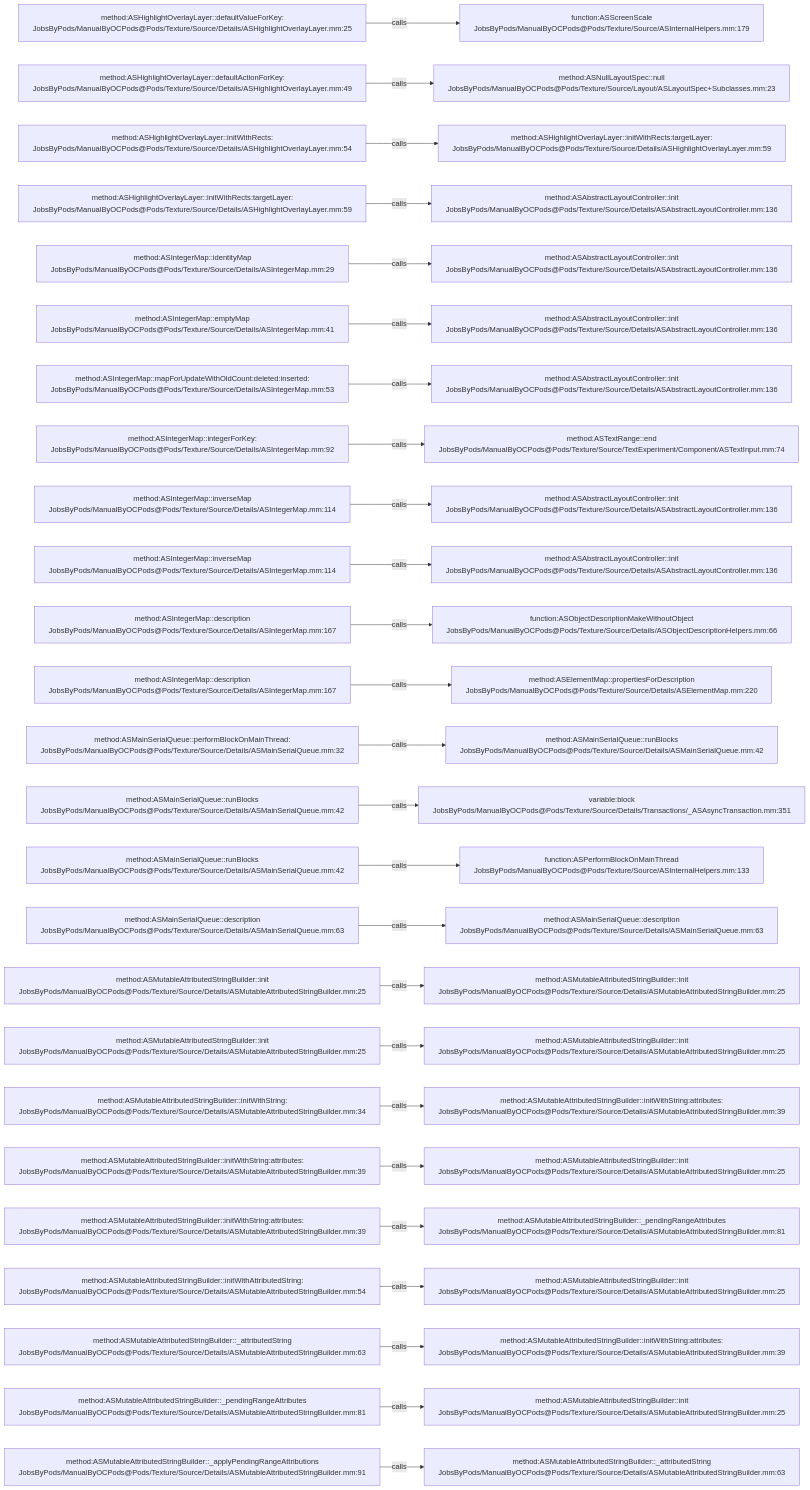
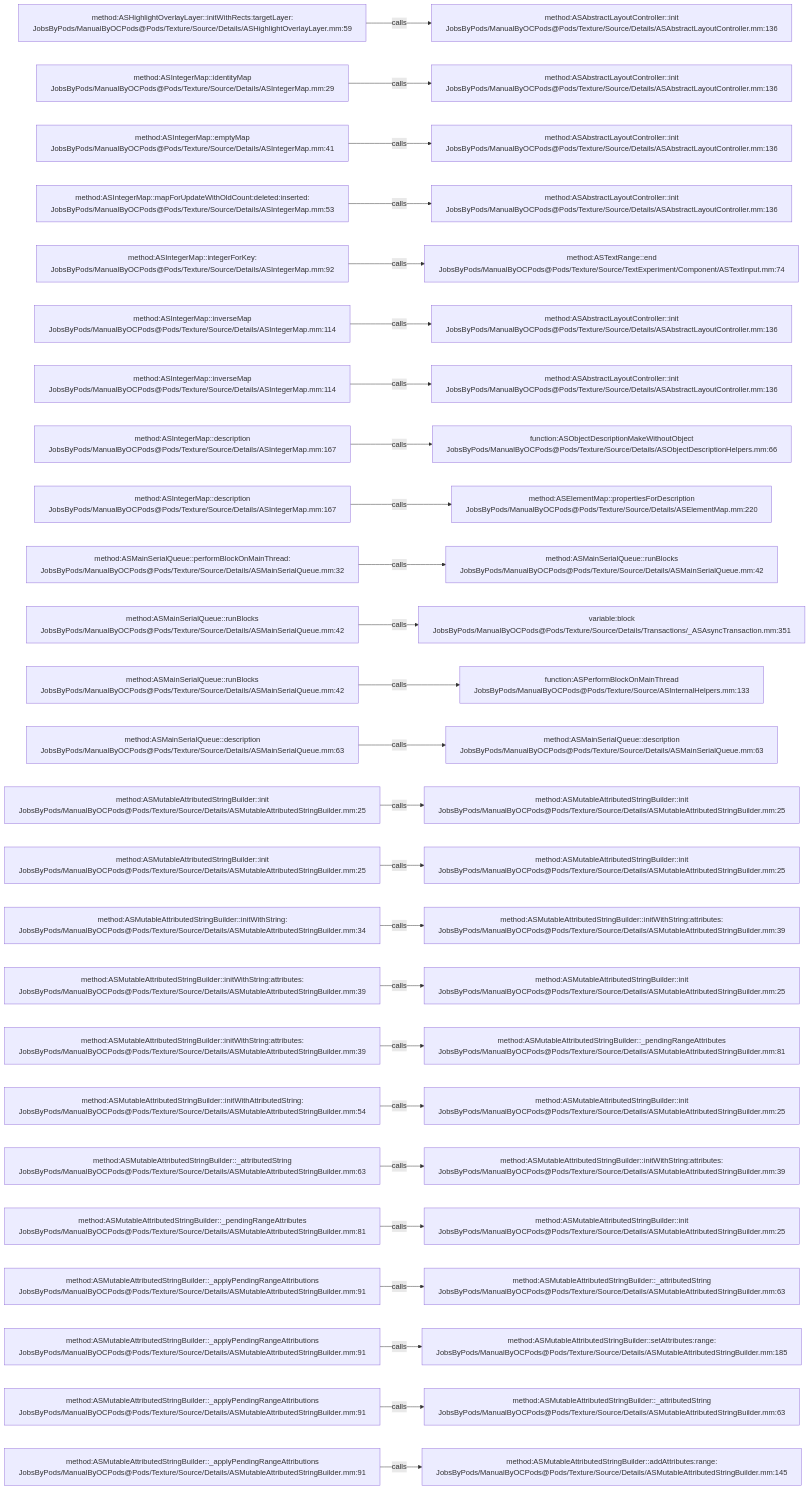
The diagram in .codegraph/codegraph.md/graphs/calls-160.md (JobsKits/JobsOCBaseConfigDemo), drawn with Mermaid before and after one commit. The commit also changed 342 other files, not shown here.

````diff
--- a/.codegraph/codegraph.md/graphs/calls-160.md
+++ b/.codegraph/codegraph.md/graphs/calls-160.md
@@ -13,78 +13,78 @@
 ```mermaid
 flowchart LR
-  S1["method:ASHighlightOverlayLayer::defaultValueForKey:<br/>JobsByPods/ManualByOCPods@Pods/Texture/Source/Details/ASHighlightOverlayLayer.mm:25"]
-  T1["function:ASScreenScale<br/>JobsByPods/ManualByOCPods@Pods/Texture/Source/ASInternalHelpers.mm:179"]
+  S1["method:ASHighlightOverlayLayer::initWithRects:targetLayer:<br/>JobsByPods/ManualByOCPods@Pods/Texture/Source/Details/ASHighlightOverlayLayer.mm:59"]
+  T1["method:ASAbstractLayoutController::init<br/>JobsByPods/ManualByOCPods@Pods/Texture/Source/Details/ASAbstractLayoutController.mm:136"]
   S1 -->|calls| T1
-  S2["method:ASHighlightOverlayLayer::defaultActionForKey:<br/>JobsByPods/ManualByOCPods@Pods/Texture/Source/Details/ASHighlightOverlayLayer.mm:49"]
-  T2["method:ASNullLayoutSpec::null<br/>JobsByPods/ManualByOCPods@Pods/Texture/Source/Layout/ASLayoutSpec+Subclasses.mm:23"]
+  S2["method:ASIntegerMap::identityMap<br/>JobsByPods/ManualByOCPods@Pods/Texture/Source/Details/ASIntegerMap.mm:29"]
+  T2["method:ASAbstractLayoutController::init<br/>JobsByPods/ManualByOCPods@Pods/Texture/Source/Details/ASAbstractLayoutController.mm:136"]
   S2 -->|calls| T2
-  S3["method:ASHighlightOverlayLayer::initWithRects:<br/>JobsByPods/ManualByOCPods@Pods/Texture/Source/Details/ASHighlightOverlayLayer.mm:54"]
-  T3["method:ASHighlightOverlayLayer::initWithRects:targetLayer:<br/>JobsByPods/ManualByOCPods@Pods/Texture/Source/Details/ASHighlightOverlayLayer.mm:59"]
+  S3["method:ASIntegerMap::emptyMap<br/>JobsByPods/ManualByOCPods@Pods/Texture/Source/Details/ASIntegerMap.mm:41"]
+  T3["method:ASAbstractLayoutController::init<br/>JobsByPods/ManualByOCPods@Pods/Texture/Source/Details/ASAbstractLayoutController.mm:136"]
   S3 -->|calls| T3
-  S4["method:ASHighlightOverlayLayer::initWithRects:targetLayer:<br/>JobsByPods/ManualByOCPods@Pods/Texture/Source/Details/ASHighlightOverlayLayer.mm:59"]
+  S4["method:ASIntegerMap::mapForUpdateWithOldCount:deleted:inserted:<br/>JobsByPods/ManualByOCPods@Pods/Texture/Source/Details/ASIntegerMap.mm:53"]
   T4["method:ASAbstractLayoutController::init<br/>JobsByPods/ManualByOCPods@Pods/Texture/Source/Details/ASAbstractLayoutController.mm:136"]
   S4 -->|calls| T4
-  S5["method:ASIntegerMap::identityMap<br/>JobsByPods/ManualByOCPods@Pods/Texture/Source/Details/ASIntegerMap.mm:29"]
-  T5["method:ASAbstractLayoutController::init<br/>JobsByPods/ManualByOCPods@Pods/Texture/Source/Details/ASAbstractLayoutController.mm:136"]
+  S5["method:ASIntegerMap::integerForKey:<br/>JobsByPods/ManualByOCPods@Pods/Texture/Source/Details/ASIntegerMap.mm:92"]
+  T5["method:ASTextRange::end<br/>JobsByPods/ManualByOCPods@Pods/Texture/Source/TextExperiment/Component/ASTextInput.mm:74"]
   S5 -->|calls| T5
-  S6["method:ASIntegerMap::emptyMap<br/>JobsByPods/ManualByOCPods@Pods/Texture/Source/Details/ASIntegerMap.mm:41"]
+  S6["method:ASIntegerMap::inverseMap<br/>JobsByPods/ManualByOCPods@Pods/Texture/Source/Details/ASIntegerMap.mm:114"]
   T6["method:ASAbstractLayoutController::init<br/>JobsByPods/ManualByOCPods@Pods/Texture/Source/Details/ASAbstractLayoutController.mm:136"]
   S6 -->|calls| T6
-  S7["method:ASIntegerMap::mapForUpdateWithOldCount:deleted:inserted:<br/>JobsByPods/ManualByOCPods@Pods/Texture/Source/Details/ASIntegerMap.mm:53"]
+  S7["method:ASIntegerMap::inverseMap<br/>JobsByPods/ManualByOCPods@Pods/Texture/Source/Details/ASIntegerMap.mm:114"]
   T7["method:ASAbstractLayoutController::init<br/>JobsByPods/ManualByOCPods@Pods/Texture/Source/Details/ASAbstractLayoutController.mm:136"]
   S7 -->|calls| T7
-  S8["method:ASIntegerMap::integerForKey:<br/>JobsByPods/ManualByOCPods@Pods/Texture/Source/Details/ASIntegerMap.mm:92"]
-  T8["method:ASTextRange::end<br/>JobsByPods/ManualByOCPods@Pods/Texture/Source/TextExperiment/Component/ASTextInput.mm:74"]
+  S8["method:ASIntegerMap::description<br/>JobsByPods/ManualByOCPods@Pods/Texture/Source/Details/ASIntegerMap.mm:167"]
+  T8["function:ASObjectDescriptionMakeWithoutObject<br/>JobsByPods/ManualByOCPods@Pods/Texture/Source/Details/ASObjectDescriptionHelpers.mm:66"]
   S8 -->|calls| T8
-  S9["method:ASIntegerMap::inverseMap<br/>JobsByPods/ManualByOCPods@Pods/Texture/Source/Details/ASIntegerMap.mm:114"]
-  T9["method:ASAbstractLayoutController::init<br/>JobsByPods/ManualByOCPods@Pods/Texture/Source/Details/ASAbstractLayoutController.mm:136"]
+  S9["method:ASIntegerMap::description<br/>JobsByPods/ManualByOCPods@Pods/Texture/Source/Details/ASIntegerMap.mm:167"]
+  T9["method:ASElementMap::propertiesForDescription<br/>JobsByPods/ManualByOCPods@Pods/Texture/Source/Details/ASElementMap.mm:220"]
   S9 -->|calls| T9
-  S10["method:ASIntegerMap::inverseMap<br/>JobsByPods/ManualByOCPods@Pods/Texture/Source/Details/ASIntegerMap.mm:114"]
-  T10["method:ASAbstractLayoutController::init<br/>JobsByPods/ManualByOCPods@Pods/Texture/Source/Details/ASAbstractLayoutController.mm:136"]
+  S10["method:ASMainSerialQueue::performBlockOnMainThread:<br/>JobsByPods/ManualByOCPods@Pods/Texture/Source/Details/ASMainSerialQueue.mm:32"]
+  T10["method:ASMainSerialQueue::runBlocks<br/>JobsByPods/ManualByOCPods@Pods/Texture/Source/Details/ASMainSerialQueue.mm:42"]
   S10 -->|calls| T10
-  S11["method:ASIntegerMap::description<br/>JobsByPods/ManualByOCPods@Pods/Texture/Source/Details/ASIntegerMap.mm:167"]
-  T11["function:ASObjectDescriptionMakeWithoutObject<br/>JobsByPods/ManualByOCPods@Pods/Texture/Source/Details/ASObjectDescriptionHelpers.mm:66"]
+  S11["method:ASMainSerialQueue::runBlocks<br/>JobsByPods/ManualByOCPods@Pods/Texture/Source/Details/ASMainSerialQueue.mm:42"]
+  T11["variable:block<br/>JobsByPods/ManualByOCPods@Pods/Texture/Source/Details/Transactions/_ASAsyncTransaction.mm:351"]
   S11 -->|calls| T11
-  S12["method:ASIntegerMap::description<br/>JobsByPods/ManualByOCPods@Pods/Texture/Source/Details/ASIntegerMap.mm:167"]
-  T12["method:ASElementMap::propertiesForDescription<br/>JobsByPods/ManualByOCPods@Pods/Texture/Source/Details/ASElementMap.mm:220"]
+  S12["method:ASMainSerialQueue::runBlocks<br/>JobsByPods/ManualByOCPods@Pods/Texture/Source/Details/ASMainSerialQueue.mm:42"]
+  T12["function:ASPerformBlockOnMainThread<br/>JobsByPods/ManualByOCPods@Pods/Texture/Source/ASInternalHelpers.mm:133"]
   S12 -->|calls| T12
-  S13["method:ASMainSerialQueue::performBlockOnMainThread:<br/>JobsByPods/ManualByOCPods@Pods/Texture/Source/Details/ASMainSerialQueue.mm:32"]
-  T13["method:ASMainSerialQueue::runBlocks<br/>JobsByPods/ManualByOCPods@Pods/Texture/Source/Details/ASMainSerialQueue.mm:42"]
+  S13["method:ASMainSerialQueue::description<br/>JobsByPods/ManualByOCPods@Pods/Texture/Source/Details/ASMainSerialQueue.mm:63"]
+  T13["method:ASMainSerialQueue::description<br/>JobsByPods/ManualByOCPods@Pods/Texture/Source/Details/ASMainSerialQueue.mm:63"]
   S13 -->|calls| T13
-  S14["method:ASMainSerialQueue::runBlocks<br/>JobsByPods/ManualByOCPods@Pods/Texture/Source/Details/ASMainSerialQueue.mm:42"]
-  T14["variable:block<br/>JobsByPods/ManualByOCPods@Pods/Texture/Source/Details/Transactions/_ASAsyncTransaction.mm:351"]
+  S14["method:ASMutableAttributedStringBuilder::init<br/>JobsByPods/ManualByOCPods@Pods/Texture/Source/Details/ASMutableAttributedStringBuilder.mm:25"]
+  T14["method:ASMutableAttributedStringBuilder::init<br/>JobsByPods/ManualByOCPods@Pods/Texture/Source/Details/ASMutableAttributedStringBuilder.mm:25"]
   S14 -->|calls| T14
-  S15["method:ASMainSerialQueue::runBlocks<br/>JobsByPods/ManualByOCPods@Pods/Texture/Source/Details/ASMainSerialQueue.mm:42"]
-  T15["function:ASPerformBlockOnMainThread<br/>JobsByPods/ManualByOCPods@Pods/Texture/Source/ASInternalHelpers.mm:133"]
+  S15["method:ASMutableAttributedStringBuilder::init<br/>JobsByPods/ManualByOCPods@Pods/Texture/Source/Details/ASMutableAttributedStringBuilder.mm:25"]
+  T15["method:ASMutableAttributedStringBuilder::init<br/>JobsByPods/ManualByOCPods@Pods/Texture/Source/Details/ASMutableAttributedStringBuilder.mm:25"]
   S15 -->|calls| T15
-  S16["method:ASMainSerialQueue::description<br/>JobsByPods/ManualByOCPods@Pods/Texture/Source/Details/ASMainSerialQueue.mm:63"]
-  T16["method:ASMainSerialQueue::description<br/>JobsByPods/ManualByOCPods@Pods/Texture/Source/Details/ASMainSerialQueue.mm:63"]
+  S16["method:ASMutableAttributedStringBuilder::initWithString:<br/>JobsByPods/ManualByOCPods@Pods/Texture/Source/Details/ASMutableAttributedStringBuilder.mm:34"]
+  T16["method:ASMutableAttributedStringBuilder::initWithString:attributes:<br/>JobsByPods/ManualByOCPods@Pods/Texture/Source/Details/ASMutableAttributedStringBuilder.mm:39"]
   S16 -->|calls| T16
-  S17["method:ASMutableAttributedStringBuilder::init<br/>JobsByPods/ManualByOCPods@Pods/Texture/Source/Details/ASMutableAttributedStringBuilder.mm:25"]
+  S17["method:ASMutableAttributedStringBuilder::initWithString:attributes:<br/>JobsByPods/ManualByOCPods@Pods/Texture/Source/Details/ASMutableAttributedStringBuilder.mm:39"]
   T17["method:ASMutableAttributedStringBuilder::init<br/>JobsByPods/ManualByOCPods@Pods/Texture/Source/Details/ASMutableAttributedStringBuilder.mm:25"]
   S17 -->|calls| T17
-  S18["method:ASMutableAttributedStringBuilder::init<br/>JobsByPods/ManualByOCPods@Pods/Texture/Source/Details/ASMutableAttributedStringBuilder.mm:25"]
-  T18["method:ASMutableAttributedStringBuilder::init<br/>JobsByPods/ManualByOCPods@Pods/Texture/Source/Details/ASMutableAttributedStringBuilder.mm:25"]
+  S18["method:ASMutableAttributedStringBuilder::initWithString:attributes:<br/>JobsByPods/ManualByOCPods@Pods/Texture/Source/Details/ASMutableAttributedStringBuilder.mm:39"]
+  T18["method:ASMutableAttributedStringBuilder::_pendingRangeAttributes<br/>JobsByPods/ManualByOCPods@Pods/Texture/Source/Details/ASMutableAttributedStringBuilder.mm:81"]
   S18 -->|calls| T18
-  S19["method:ASMutableAttributedStringBuilder::initWithString:<br/>JobsByPods/ManualByOCPods@Pods/Texture/Source/Details/ASMutableAttributedStringBuilder.mm:34"]
-  T19["method:ASMutableAttributedStringBuilder::initWithString:attributes:<br/>JobsByPods/ManualByOCPods@Pods/Texture/Source/Details/ASMutableAttributedStringBuilder.mm:39"]
+  S19["method:ASMutableAttributedStringBuilder::initWithAttributedString:<br/>JobsByPods/ManualByOCPods@Pods/Texture/Source/Details/ASMutableAttributedStringBuilder.mm:54"]
+  T19["method:ASMutableAttributedStringBuilder::init<br/>JobsByPods/ManualByOCPods@Pods/Texture/Source/Details/ASMutableAttributedStringBuilder.mm:25"]
   S19 -->|calls| T19
-  S20["method:ASMutableAttributedStringBuilder::initWithString:attributes:<br/>JobsByPods/ManualByOCPods@Pods/Texture/Source/Details/ASMutableAttributedStringBuilder.mm:39"]
-  T20["method:ASMutableAttributedStringBuilder::init<br/>JobsByPods/ManualByOCPods@Pods/Texture/Source/Details/ASMutableAttributedStringBuilder.mm:25"]
+  S20["method:ASMutableAttributedStringBuilder::_attributedString<br/>JobsByPods/ManualByOCPods@Pods/Texture/Source/Details/ASMutableAttributedStringBuilder.mm:63"]
+  T20["method:ASMutableAttributedStringBuilder::initWithString:attributes:<br/>JobsByPods/ManualByOCPods@Pods/Texture/Source/Details/ASMutableAttributedStringBuilder.mm:39"]
   S20 -->|calls| T20
-  S21["method:ASMutableAttributedStringBuilder::initWithString:attributes:<br/>JobsByPods/ManualByOCPods@Pods/Texture/Source/Details/ASMutableAttributedStringBuilder.mm:39"]
-  T21["method:ASMutableAttributedStringBuilder::_pendingRangeAttributes<br/>JobsByPods/ManualByOCPods@Pods/Texture/Source/Details/ASMutableAttributedStringBuilder.mm:81"]
+  S21["method:ASMutableAttributedStringBuilder::_pendingRangeAttributes<br/>JobsByPods/ManualByOCPods@Pods/Texture/Source/Details/ASMutableAttributedStringBuilder.mm:81"]
+  T21["method:ASMutableAttributedStringBuilder::init<br/>JobsByPods/ManualByOCPods@Pods/Texture/Source/Details/ASMutableAttributedStringBuilder.mm:25"]
   S21 -->|calls| T21
-  S22["method:ASMutableAttributedStringBuilder::initWithAttributedString:<br/>JobsByPods/ManualByOCPods@Pods/Texture/Source/Details/ASMutableAttributedStringBuilder.mm:54"]
-  T22["method:ASMutableAttributedStringBuilder::init<br/>JobsByPods/ManualByOCPods@Pods/Texture/Source/Details/ASMutableAttributedStringBuilder.mm:25"]
+  S22["method:ASMutableAttributedStringBuilder::_applyPendingRangeAttributions<br/>JobsByPods/ManualByOCPods@Pods/Texture/Source/Details/ASMutableAttributedStringBuilder.mm:91"]
+  T22["method:ASMutableAttributedStringBuilder::_attributedString<br/>JobsByPods/ManualByOCPods@Pods/Texture/Source/Details/ASMutableAttributedStringBuilder.mm:63"]
   S22 -->|calls| T22
-  S23["method:ASMutableAttributedStringBuilder::_attributedString<br/>JobsByPods/ManualByOCPods@Pods/Texture/Source/Details/ASMutableAttributedStringBuilder.mm:63"]
-  T23["method:ASMutableAttributedStringBuilder::initWithString:attributes:<br/>JobsByPods/ManualByOCPods@Pods/Texture/Source/Details/ASMutableAttributedStringBuilder.mm:39"]
+  S23["method:ASMutableAttributedStringBuilder::_applyPendingRangeAttributions<br/>JobsByPods/ManualByOCPods@Pods/Texture/Source/Details/ASMutableAttributedStringBuilder.mm:91"]
+  T23["method:ASMutableAttributedStringBuilder::setAttributes:range:<br/>JobsByPods/ManualByOCPods@Pods/Texture/Source/Details/ASMutableAttributedStringBuilder.mm:185"]
   S23 -->|calls| T23
-  S24["method:ASMutableAttributedStringBuilder::_pendingRangeAttributes<br/>JobsByPods/ManualByOCPods@Pods/Texture/Source/Details/ASMutableAttributedStringBuilder.mm:81"]
-  T24["method:ASMutableAttributedStringBuilder::init<br/>JobsByPods/ManualByOCPods@Pods/Texture/Source/Details/ASMutableAttributedStringBuilder.mm:25"]
+  S24["method:ASMutableAttributedStringBuilder::_applyPendingRangeAttributions<br/>JobsByPods/ManualByOCPods@Pods/Texture/Source/Details/ASMutableAttributedStringBuilder.mm:91"]
+  T24["method:ASMutableAttributedStringBuilder::_attributedString<br/>JobsByPods/ManualByOCPods@Pods/Texture/Source/Details/ASMutableAttributedStringBuilder.mm:63"]
   S24 -->|calls| T24
   S25["method:ASMutableAttributedStringBuilder::_applyPendingRangeAttributions<br/>JobsByPods/ManualByOCPods@Pods/Texture/Source/Details/ASMutableAttributedStringBuilder.mm:91"]
-  T25["method:ASMutableAttributedStringBuilder::_attributedString<br/>JobsByPods/ManualByOCPods@Pods/Texture/Source/Details/ASMutableAttributedStringBuilder.mm:63"]
+  T25["method:ASMutableAttributedStringBuilder::addAttributes:range:<br/>JobsByPods/ManualByOCPods@Pods/Texture/Source/Details/ASMutableAttributedStringBuilder.mm:145"]
   S25 -->|calls| T25
 ```
````
